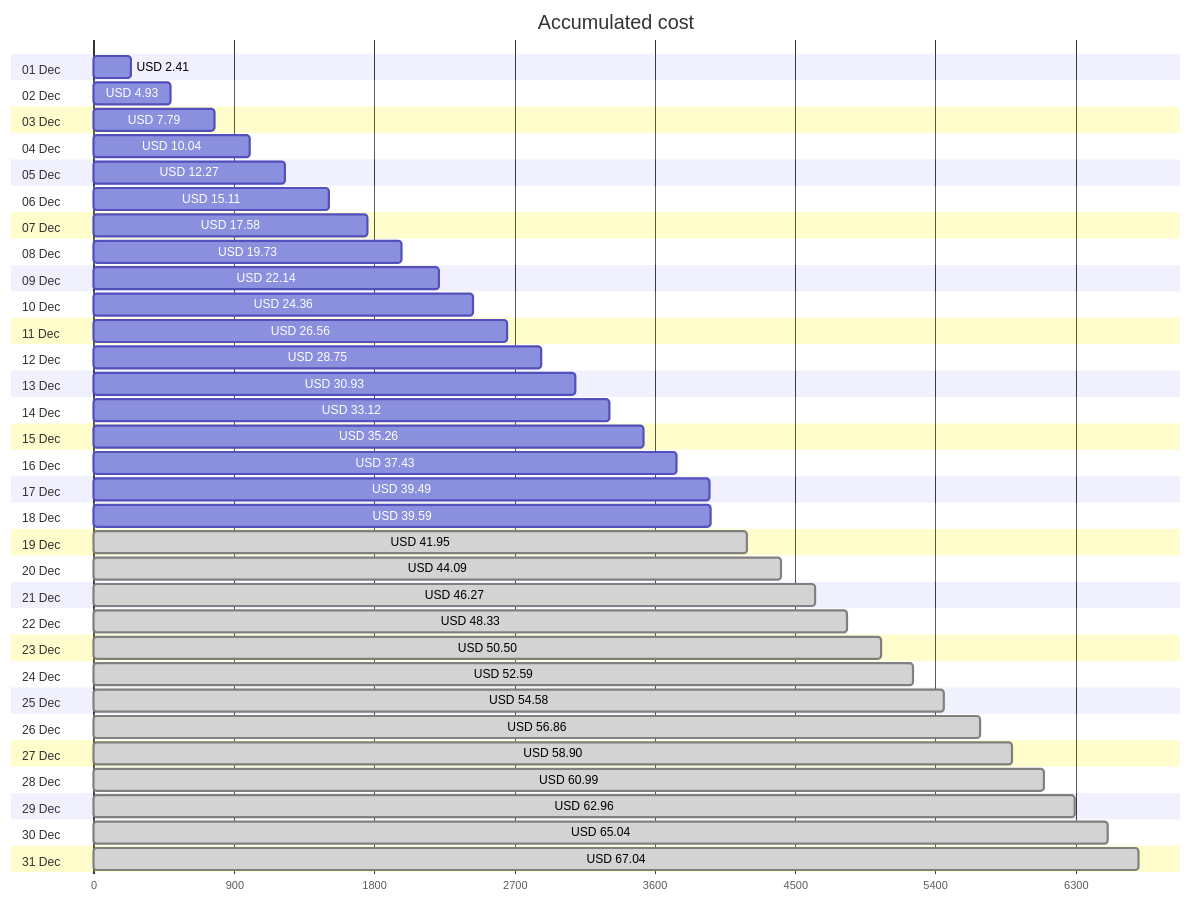
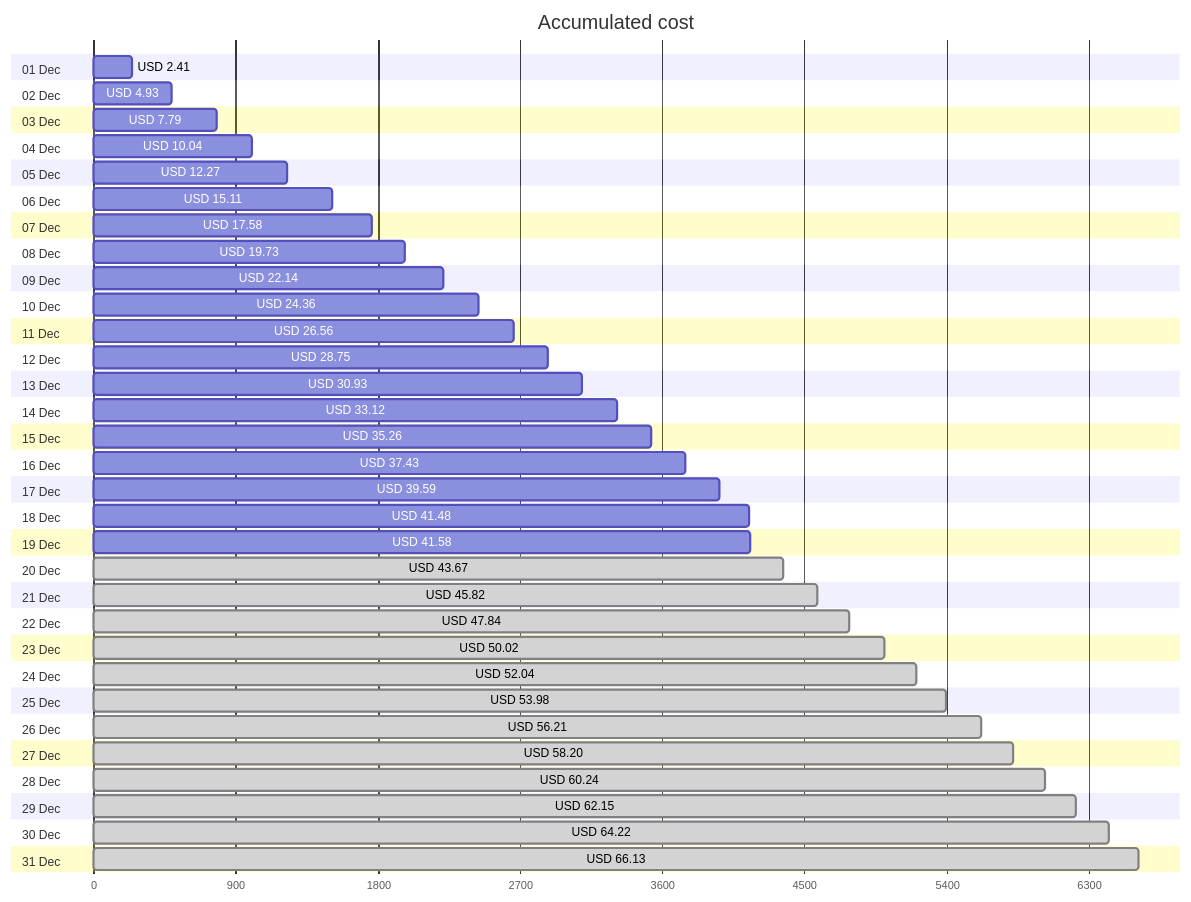
The first of 4 diagrams in cost-reports/accumulated-cost.md (jpfulton/azure-personal-reports), drawn with Mermaid before and after one commit. The commit also changed other lines of this file and 4 other files, not shown here.

````diff
--- a/cost-reports/accumulated-cost.md
+++ b/cost-reports/accumulated-cost.md
@@ -20,68 +20,68 @@
 ```mermaid
 gantt
    title Accumulated cost
    dateFormat  X
    axisFormat %s
    section 01 Dec
    USD 2.41 :0, 241
    section 02 Dec
    USD 4.93 :0, 493
    section 03 Dec
    USD 7.79 :0, 779
    section 04 Dec
    USD 10.04 :0, 1004
    section 05 Dec
    USD 12.27 :0, 1227
    section 06 Dec
    USD 15.11 :0, 1511
    section 07 Dec
    USD 17.58 :0, 1758
    section 08 Dec
    USD 19.73 :0, 1973
    section 09 Dec
    USD 22.14 :0, 2214
    section 10 Dec
    USD 24.36 :0, 2436
    section 11 Dec
    USD 26.56 :0, 2656
    section 12 Dec
    USD 28.75 :0, 2875
    section 13 Dec
    USD 30.93 :0, 3093
    section 14 Dec
    USD 33.12 :0, 3312
    section 15 Dec
    USD 35.26 :0, 3526
    section 16 Dec
    USD 37.43 :0, 3743
    section 17 Dec
-   USD 39.49 :0, 3949
+   USD 39.59 :0, 3959
    section 18 Dec
-   USD 39.59 :0, 3959
+   USD 41.48 :0, 4148
    section 19 Dec
-   USD 41.95 : done, 0, 4195
+   USD 41.58 :0, 4158
    section 20 Dec
-   USD 44.09 : done, 0, 4409
+   USD 43.67 : done, 0, 4367
    section 21 Dec
-   USD 46.27 : done, 0, 4627
+   USD 45.82 : done, 0, 4582
    section 22 Dec
-   USD 48.33 : done, 0, 4833
+   USD 47.84 : done, 0, 4784
    section 23 Dec
-   USD 50.50 : done, 0, 5050
+   USD 50.02 : done, 0, 5002
    section 24 Dec
-   USD 52.59 : done, 0, 5259
+   USD 52.04 : done, 0, 5204
    section 25 Dec
-   USD 54.58 : done, 0, 5458
+   USD 53.98 : done, 0, 5398
    section 26 Dec
-   USD 56.86 : done, 0, 5686
+   USD 56.21 : done, 0, 5621
    section 27 Dec
-   USD 58.90 : done, 0, 5890
+   USD 58.20 : done, 0, 5820
    section 28 Dec
-   USD 60.99 : done, 0, 6099
+   USD 60.24 : done, 0, 6024
    section 29 Dec
-   USD 62.96 : done, 0, 6296
+   USD 62.15 : done, 0, 6215
    section 30 Dec
-   USD 65.04 : done, 0, 6504
+   USD 64.22 : done, 0, 6422
    section 31 Dec
-   USD 67.04 : done, 0, 6704
+   USD 66.13 : done, 0, 6613
 ```
````
